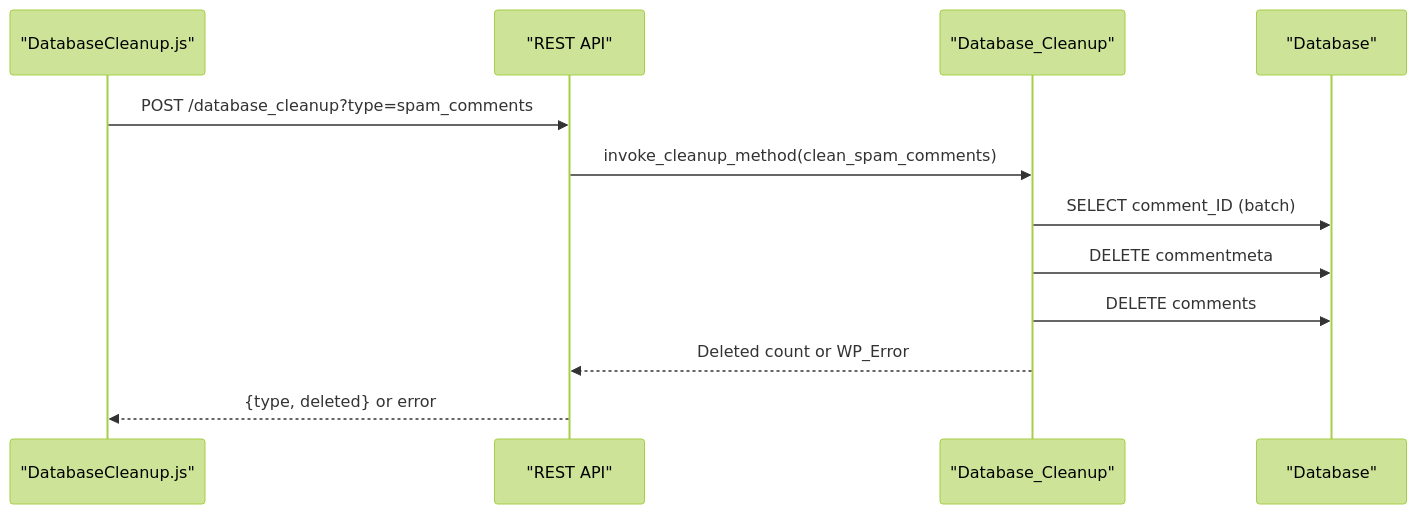
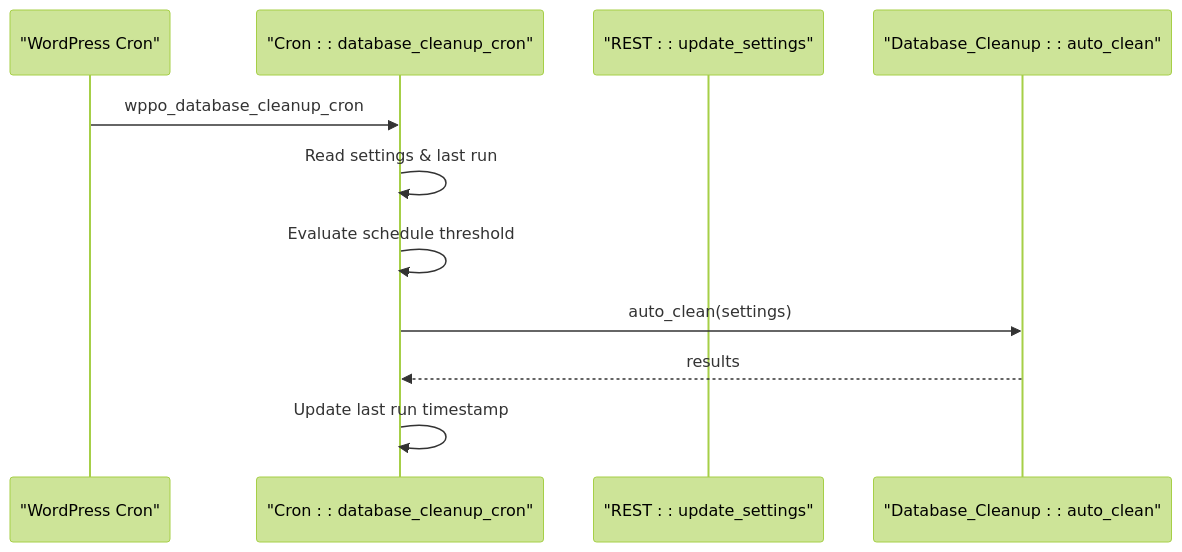
The fourth of 5 diagrams in .qoder/repowiki/en/content/Database Management/Automated Cleanup Processes.md (nilesh32236/performance-optimisation), drawn with Mermaid (forest theme) before and after one commit. The commit also changed other lines of this file and 46 other files, not shown here.

````diff
--- a/.qoder/repowiki/en/content/Database Management/Automated Cleanup Processes.md
+++ b/.qoder/repowiki/en/content/Database Management/Automated Cleanup Processes.md
@@ -232,14 +179,13 @@
 ```mermaid
 sequenceDiagram
-participant UI as "DatabaseCleanup.js"
-participant REST as "REST API"
-participant DC as "Database_Cleanup"
-participant DB as "Database"
-UI->>REST : POST /database_cleanup?type=spam_comments
-REST->>DC : invoke_cleanup_method(clean_spam_comments)
-DC->>DB : SELECT comment_ID (batch)
-DC->>DB : DELETE commentmeta
-DC->>DB : DELETE comments
-DC-->>REST : Deleted count or WP_Error
-REST-->>UI : {type, deleted} or error
+participant WP as "WordPress Cron"
+participant CRON as "Cron : : database_cleanup_cron"
+participant REST as "REST : : update_settings"
+participant CLEAN as "Database_Cleanup : : auto_clean"
+WP->>CRON : wppo_database_cleanup_cron
+CRON->>CRON : Read settings & last run
+CRON->>CRON : Evaluate schedule threshold
+CRON->>CLEAN : auto_clean(settings)
+CLEAN-->>CRON : results
+CRON->>CRON : Update last run timestamp
 ```
````
